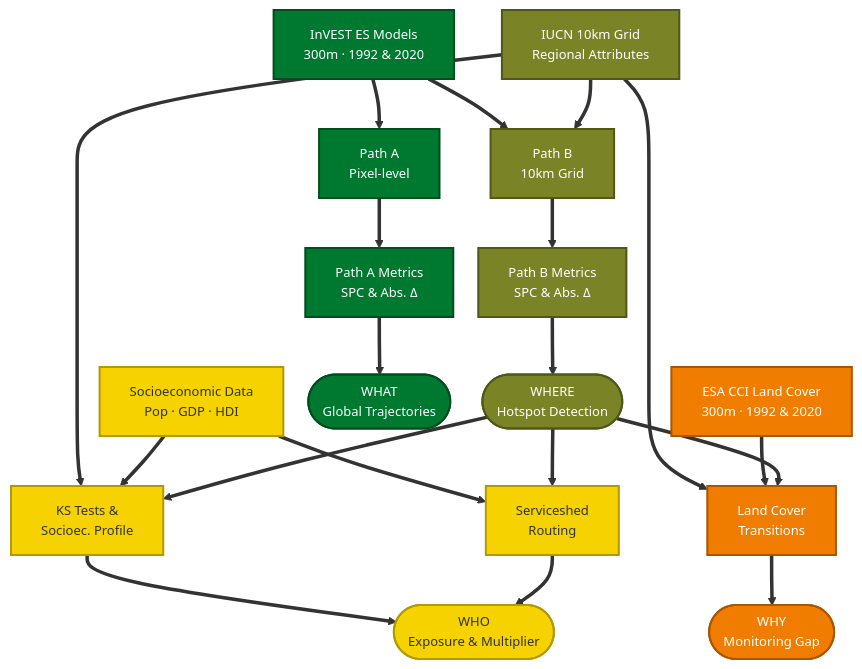
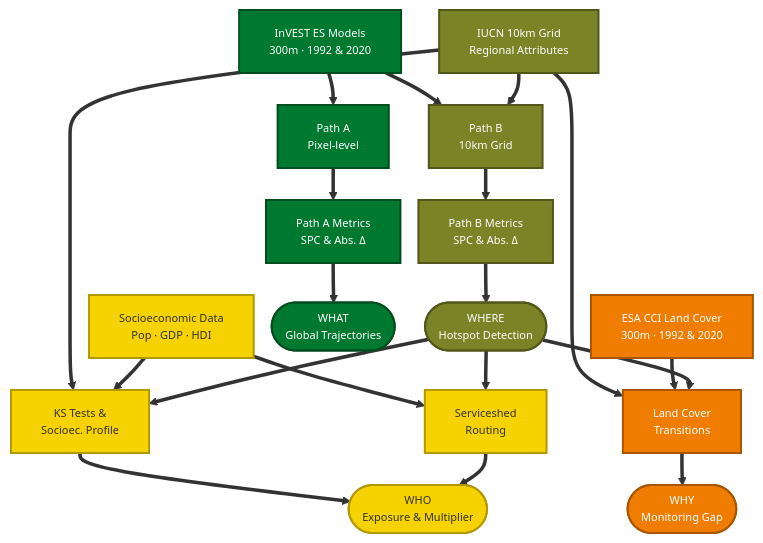
The diagram in docs/presentations/presentation.qmd (springinnovate/global_NCP), drawn with Mermaid before and after one commit. The commit also changed other lines of this file and 26 other files, not shown here.

````diff
--- a/docs/presentations/presentation.qmd
+++ b/docs/presentations/presentation.qmd
@@ -258,46 +255,46 @@
 ```{mermaid}
-%%{init: {'flowchart': {'rankSpacing': 50, 'nodeSpacing': 25}, 'themeVariables': {'fontSize': '13px'}}}%%
+%%{init: {'flowchart': {'rankSpacing': 32, 'nodeSpacing': 18}, 'themeVariables': {'fontSize': '11px'}}}%%
 flowchart TB
     RawES["InVEST ES Models\n300m · 1992 & 2020"]
     RawGrid["IUCN 10km Grid\nRegional Attributes"]
     RawLC["ESA CCI Land Cover\n300m · 1992 & 2020"]
     RawSoc["Socioeconomic Data\nPop · GDP · HDI"]
 
     IntA["Path A\nPixel-level"]
     MathA["Path A Metrics\nSPC & Abs. Δ"]
 
     IntB["Path B\n10km Grid"]
     MathB["Path B Metrics\nSPC & Abs. Δ"]
 
     MathLC["Land Cover\nTransitions"]
     MathSoc["KS Tests &\nSocioec. Profile"]
     MathBenef["Serviceshed\nRouting"]
 
     P1(["WHAT\nGlobal Trajectories"])
     P2(["WHERE\nHotspot Detection"])
     P3(["WHY\nMonitoring Gap"])
     P4(["WHO\nExposure & Multiplier"])
 
     RawES ==> IntA & IntB
     RawGrid ==> IntB & MathLC & MathSoc
     RawLC ==> MathLC
     RawSoc ==> MathSoc & MathBenef
 
     IntA ==> MathA ==> P1
     IntB ==> MathB ==> P2
 
     P2 ==> MathLC & MathSoc & MathBenef
     MathLC ==> P3
     MathSoc ==> P4
     MathBenef ==> P4
 
     classDef c_what fill:#007930,stroke:#004D1E,stroke-width:2px,color:#FFF;
     classDef c_where fill:#7B8327,stroke:#515619,stroke-width:2px,color:#FFF;
     classDef c_why fill:#F07D00,stroke:#A85700,stroke-width:2px,color:#FFF;
     classDef c_who fill:#F5D200,stroke:#B39900,stroke-width:2px,color:#333;
 
     class RawES,IntA,MathA,P1 c_what;
     class RawGrid,IntB,MathB,P2 c_where;
     class RawLC,MathLC,P3 c_why;
     class RawSoc,MathSoc,MathBenef,P4 c_who;
 ```
````
